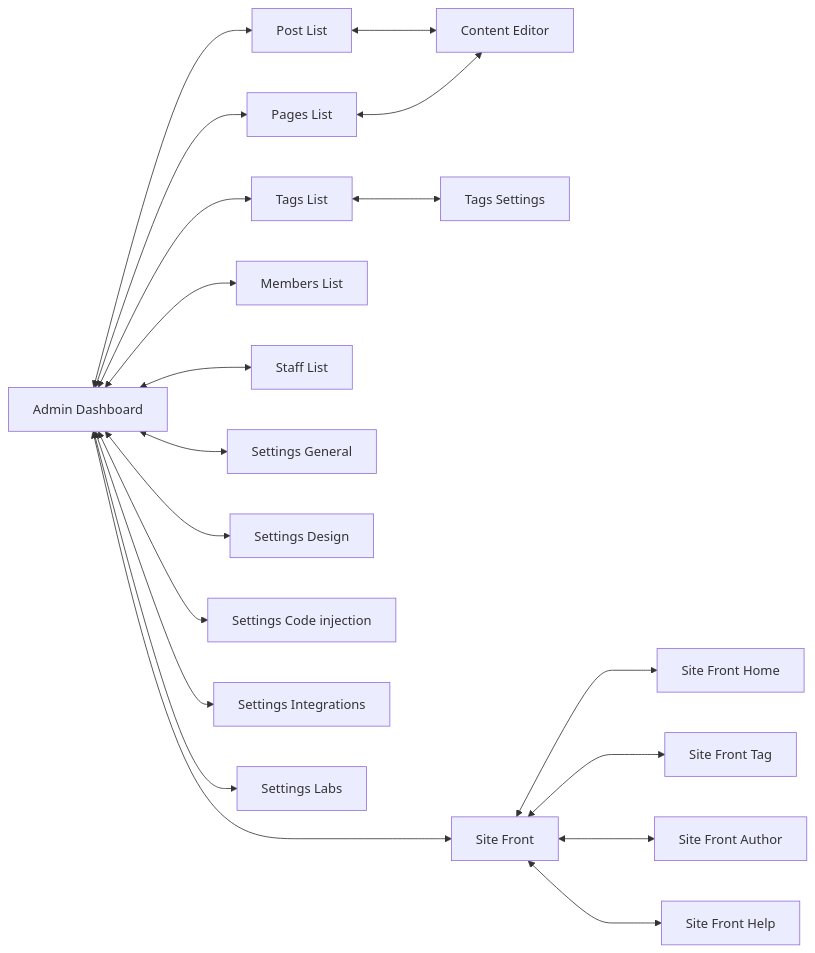
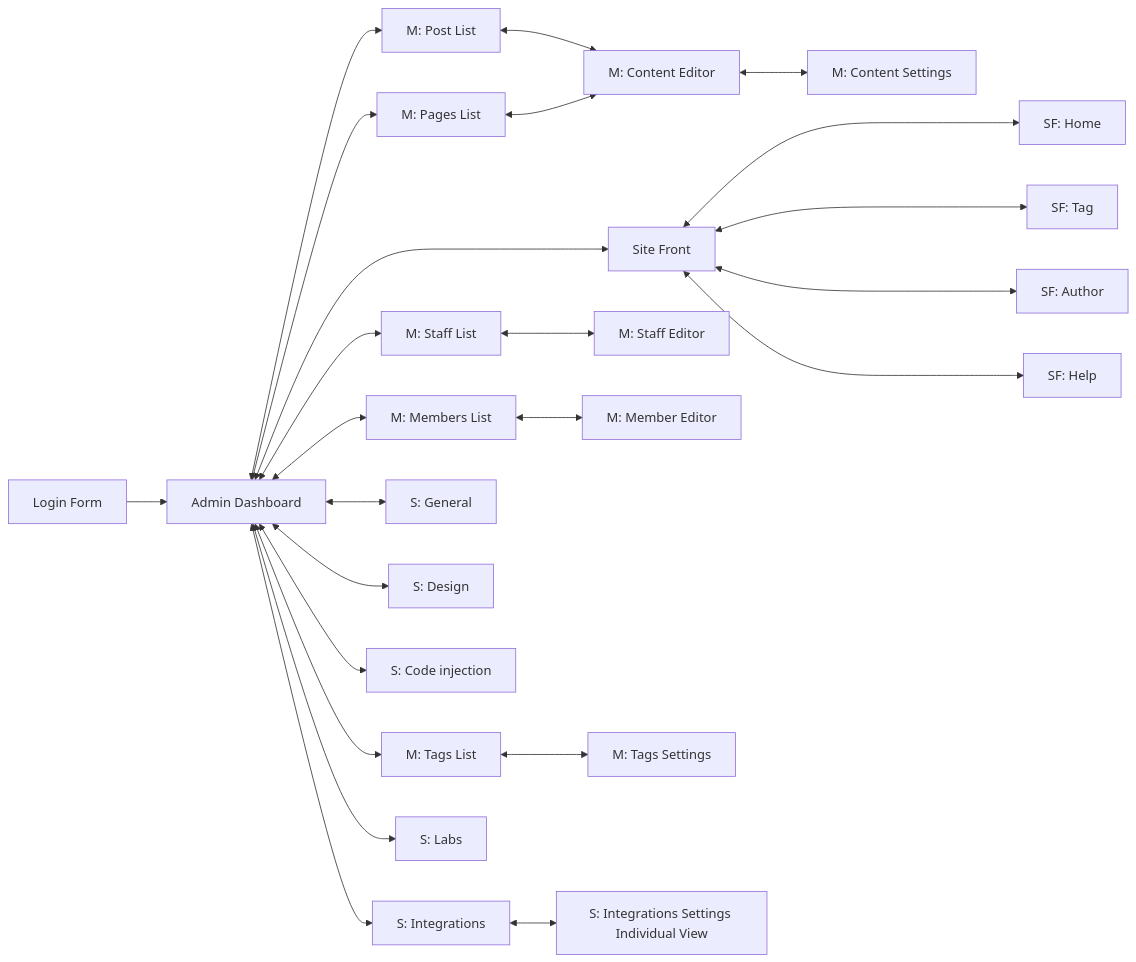
Before and after one commit to muniter/TSDC_GHOST: the diagram in README.md, drawn with Mermaid. The commit also changed other lines of this file, not shown here.

Commit message:
Update modelo GUI

````diff
--- a/README.md
+++ b/README.md
@@ -29,44 +34,69 @@
 ```mermaid
 flowchart LR;
     %% Definition of views
 
+    %% Login
+    LOG[Login Form]
+
+    %% Front End
+    SF[Site Front]
+    SFH[SF: Home]
+    SFT[SF: Tag]
+    SFA[SF: Author]
+    SFHE[SF: Help]
+
+    %% Admin Dashboard
     DA[Admin Dashboard];
-    POL[Post List];
-    PAL[Pages List];
-    TAL[Tags List];
-    MEL[Members List];
-    STL[Staff List];
-    SG[Settings General]
-    SD[Settings Design]
-    SC[Settings Code injection]
-    SI[Settings Integrations]
-    SL[Settings Labs]
-    POE[Content Editor]
+
+    %% Manage Section
+    POL[M: Post List];
+    PAL[M: Pages List];
+    TAL[M: Tags List];
+    MEL[M: Members List];
+    STL[M: Staff List];
+
+    %%%% Manage internal views
+    POE[M: Content Editor]
+    POES[M: Content Settings]
+    STE[M: Staff Editor]
+    MEE[M: Member Editor]
+    TAE[M: Tags Settings]
+
+    %% Settings Section
+    SG[S: General]
+    SD[S: Design]
+    SC[S: Code injection]
+    SI[S: Integrations]
+    SL[S: Labs]
+
+    %%%% Settings internal views
+    SIIV[S: Integrations Settings Individual View]
+
+    %% Links Admin Dashboard
+
+    LOG-->DA
     DA<-->POL
     DA<-->PAL
     DA<-->TAL
     DA<-->MEL
     DA<-->STL
     DA<-->SG
     DA<-->SD
     DA<-->SC
     DA<-->SI
     DA<-->SL
     POL<-->POE
     PAL<-->POE
-    TAE[Tags Settings]
+    POE<-->POES
+    STL<-->STE
     TAL<-->TAE
+    MEL<-->MEE
+    SI<-->SIIV
 
-    %% This is the model for the front end
-
-    SF[Site Front]
-    SFH[Site Front Home]
-    SFT[Site Front Tag]
-    SFA[Site Front Author]
-    SFHE[Site Front Help]
+    %% Links Front End
     DA<--->SF
     SF<--->SFH
     SF<--->SFT
     SF<--->SFA
     SF<--->SFHE
 ```
````
